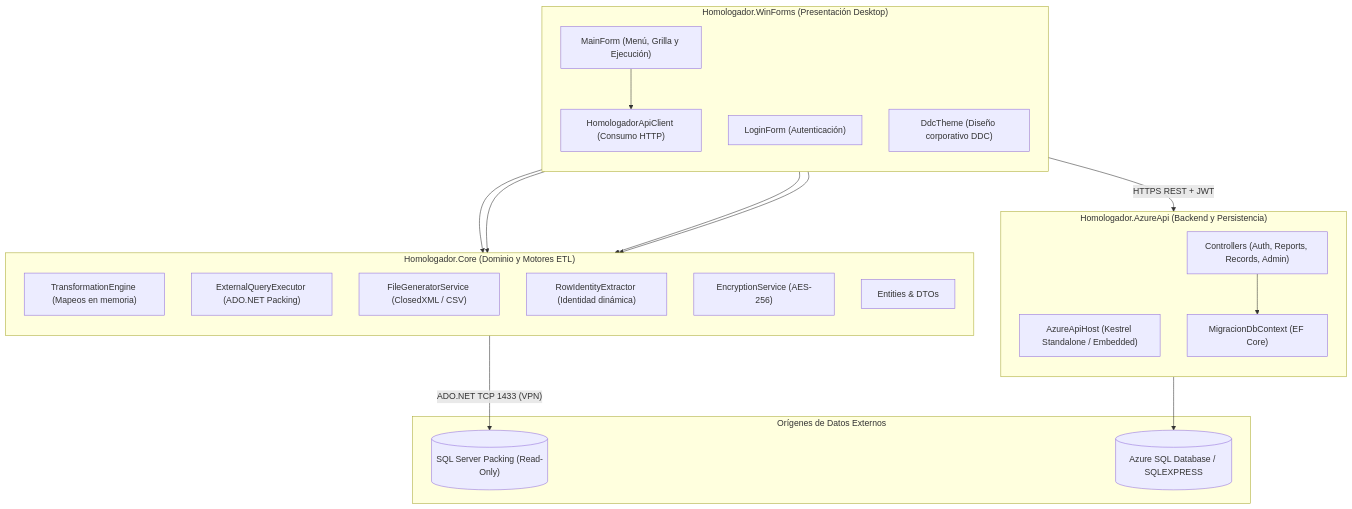
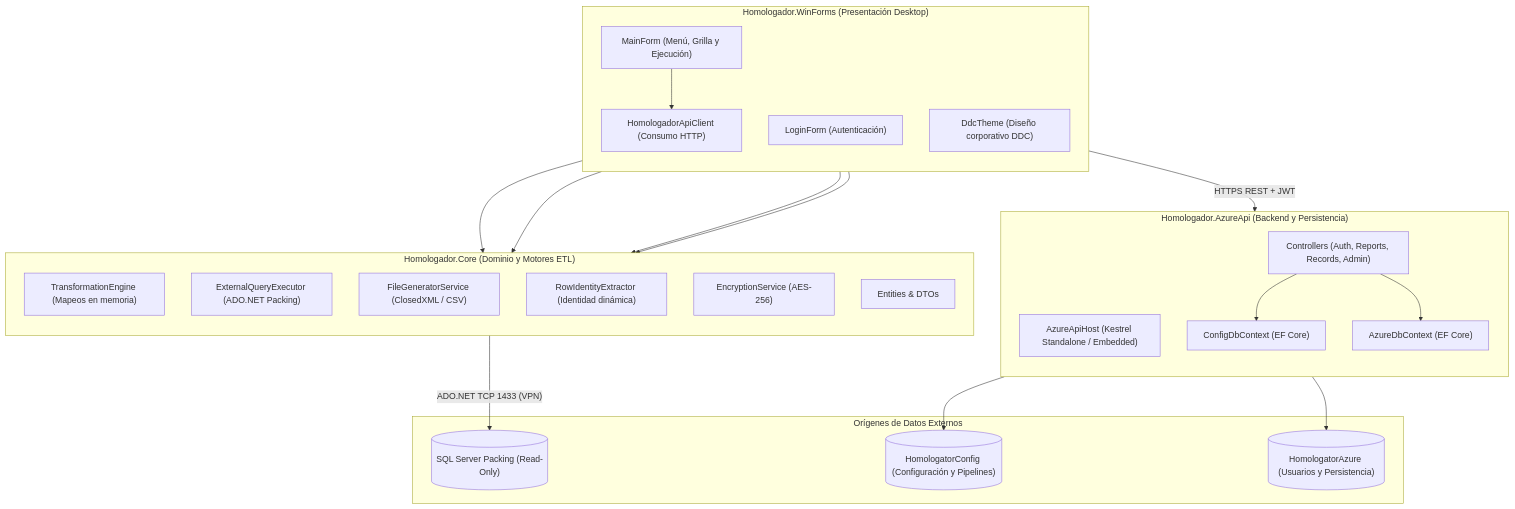
The first of 3 diagrams in README.md (Gonzaloandres1996/Homologador), drawn with Mermaid before and after one commit. The commit also changed other lines of this file and 11 other files, not shown here.

Commit message:
refactor(api): desacoplar persistencia en ConfigDbContext y AzureDbContext

````diff
--- a/README.md
+++ b/README.md
@@ -29,42 +29,46 @@
 ```mermaid
 flowchart TD
     subgraph UI ["Homologador.WinForms (Presentación Desktop)"]
         direction TB
         MainForm["MainForm (Menú, Grilla y Ejecución)"]
         LoginForm["LoginForm (Autenticación)"]
         ApiClient["HomologadorApiClient (Consumo HTTP)"]
         DdcTheme["DdcTheme (Diseño corporativo DDC)"]
     end
 
     subgraph Core ["Homologador.Core (Dominio y Motores ETL)"]
         direction TB
         TransEngine["TransformationEngine (Mapeos en memoria)"]
         QueryExec["ExternalQueryExecutor (ADO.NET Packing)"]
         FileGen["FileGeneratorService (ClosedXML / CSV)"]
         IdExtractor["RowIdentityExtractor (Identidad dinámica)"]
         Crypto["EncryptionService (AES-256)"]
         Entities["Entities & DTOs"]
     end
 
     subgraph API ["Homologador.AzureApi (Backend y Persistencia)"]
         direction TB
         Host["AzureApiHost (Kestrel Standalone / Embedded)"]
         Controllers["Controllers (Auth, Reports, Records, Admin)"]
-        DbContext["MigracionDbContext (EF Core)"]
+        ConfigDb["ConfigDbContext (EF Core)"]
+        AzureDb["AzureDbContext (EF Core)"]
     end
 
     subgraph Externo ["Orígenes de Datos Externos"]
         PackDB[("SQL Server Packing (Read-Only)")]
-        AzDB[("Azure SQL Database / SQLEXPRESS")]
+        ConfDB[("HomologatorConfig (Configuración y Pipelines)")]
+        AzDB[("HomologatorAzure (Usuarios y Persistencia)")]
     end
 
     MainForm --> ApiClient
     MainForm --> TransEngine
     MainForm --> QueryExec
     MainForm --> FileGen
     MainForm --> IdExtractor
     ApiClient -->|"HTTPS REST + JWT"| Controllers
-    Controllers --> DbContext
-    DbContext --> AzDB
+    Controllers --> ConfigDb
+    Controllers --> AzureDb
+    ConfigDb --> ConfDB
+    AzureDb --> AzDB
     QueryExec -->|"ADO.NET TCP 1433 (VPN)"| PackDB
 ```
````
